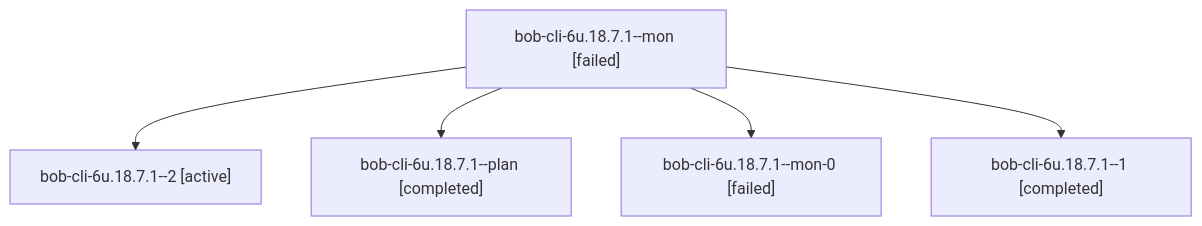
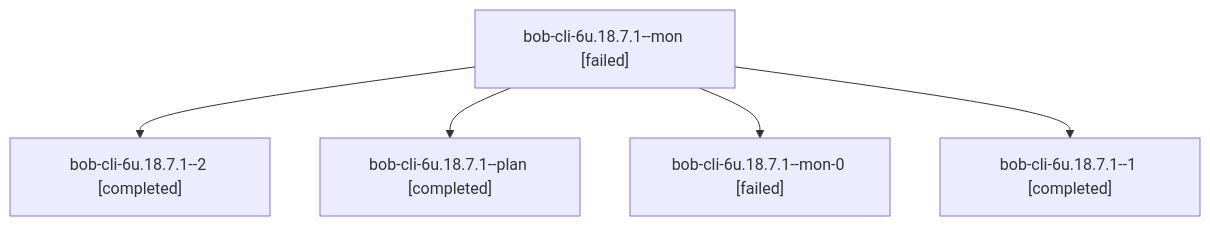
The diagram in sessions/bbugyi200.apollo.bob-cli-6u.18.7.1.md (bobs-org/bob-cli--agents), drawn with Mermaid before and after one commit. The commit also changed other lines of this file and 69 other files, not shown here.

````diff
--- a/sessions/bbugyi200.apollo.bob-cli-6u.18.7.1.md
+++ b/sessions/bbugyi200.apollo.bob-cli-6u.18.7.1.md
@@ -9,12 +9,12 @@
 ```mermaid
 flowchart TD
   n0["bob-cli-6u.18.7.1--mon [failed]"]
-  n1["bob-cli-6u.18.7.1--2 [active]"]
+  n1["bob-cli-6u.18.7.1--2 [completed]"]
   n0 --> n1
   n2["bob-cli-6u.18.7.1--plan [completed]"]
   n0 --> n2
   n3["bob-cli-6u.18.7.1--mon-0 [failed]"]
   n0 --> n3
   n4["bob-cli-6u.18.7.1--1 [completed]"]
   n0 --> n4
 ```
````
